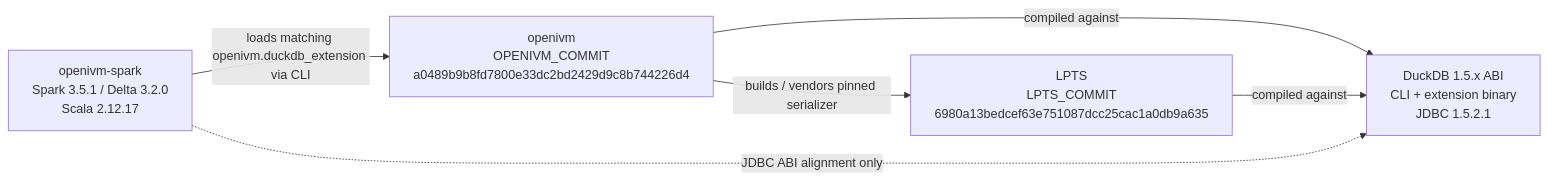
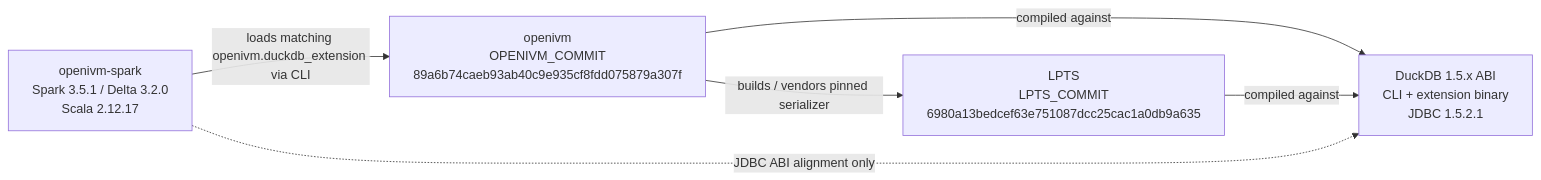
Before and after one commit to mdrakiburrahman/openivm-spark: the fourth of 4 diagrams in docs/architecture/lpts/8-integration-with-openivm-and-spark.md, drawn with Mermaid. The commit also changed other lines of this file and 1 other file, not shown here.

Commit message:
build(openivm): pin join projection fix

````diff
--- a/docs/architecture/lpts/8-integration-with-openivm-and-spark.md
+++ b/docs/architecture/lpts/8-integration-with-openivm-and-spark.md
@@ -525,13 +525,13 @@
 ```mermaid
 flowchart LR
   OSS["openivm-spark\nSpark 3.5.1 / Delta 3.2.0\nScala 2.12.17"]
-  OIVM["openivm\nOPENIVM_COMMIT\na0489b9b8fd7800e33dc2bd2429d9c8b744226d4"]
+  OIVM["openivm\nOPENIVM_COMMIT\n89a6b74caeb93ab40c9e935cf8fdd075879a307f"]
   LPTS["LPTS\nLPTS_COMMIT\n6980a13bedcef63e751087dcc25cac1a0db9a635"]
   Duck["DuckDB 1.5.x ABI\nCLI + extension binary\nJDBC 1.5.2.1"]
 
   OSS -->|"loads matching openivm.duckdb_extension via CLI"| OIVM
   OIVM -->|"builds / vendors pinned serializer"| LPTS
   OIVM -->|"compiled against"| Duck
   LPTS -->|"compiled against"| Duck
   OSS -.->|"JDBC ABI alignment only"| Duck
 ```
````
